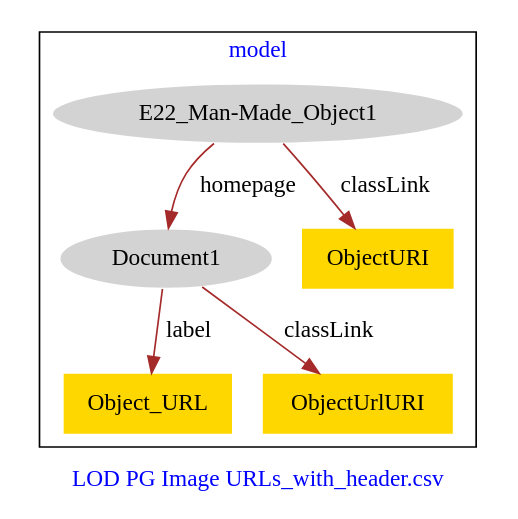
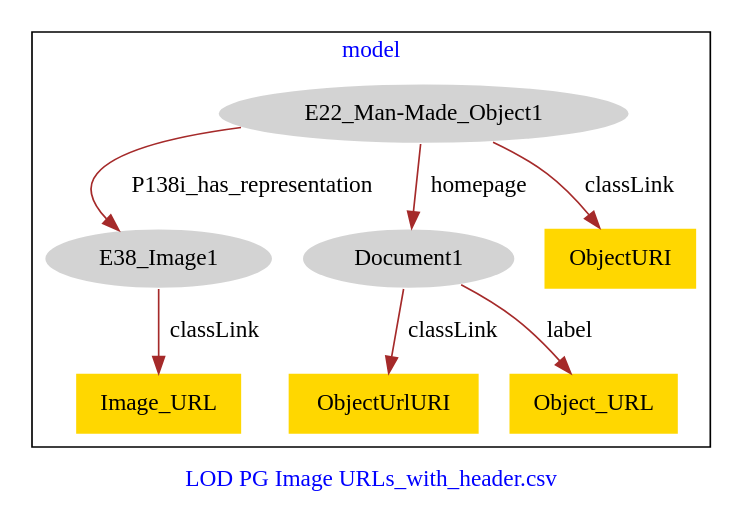
One commit to american-art/cbm changed the diagram in PG_URLs/PG_URLs-model.dot. Above: the diagram before and after it, drawn with Graphviz.

Commit message:
Update file PG_URLs-model.dot

```diff
--- a/PG_URLs/PG_URLs-model.dot
+++ b/PG_URLs/PG_URLs-model.dot
@@ -1,17 +1,21 @@
 digraph n0 {
 fontcolor="blue"
 remincross="true"
 label="LOD PG Image URLs_with_header.csv"
 subgraph cluster {
 label="model"
 n2[style="filled",color="white",fillcolor="lightgray",label="E22_Man-Made_Object1"];
-n3[style="filled",color="white",fillcolor="lightgray",label="Document1"];
-n4[shape="plaintext",style="filled",fillcolor="gold",label="Object_URL"];
-n5[shape="plaintext",style="filled",fillcolor="gold",label="ObjectURI"];
-n6[shape="plaintext",style="filled",fillcolor="gold",label="ObjectUrlURI"];
+n3[style="filled",color="white",fillcolor="lightgray",label="E38_Image1"];
+n4[style="filled",color="white",fillcolor="lightgray",label="Document1"];
+n5[shape="plaintext",style="filled",fillcolor="gold",label="ObjectUrlURI"];
+n6[shape="plaintext",style="filled",fillcolor="gold",label="ObjectURI"];
+n7[shape="plaintext",style="filled",fillcolor="gold",label="Object_URL"];
+n8[shape="plaintext",style="filled",fillcolor="gold",label="Image_URL"];
 }
-n2 -> n3[color="brown",fontcolor="black",label="homepage"]
-n3 -> n4[color="brown",fontcolor="black",label="label"]
-n2 -> n5[color="brown",fontcolor="black",label="classLink"]
-n3 -> n6[color="brown",fontcolor="black",label="classLink"]
+n2 -> n3[color="brown",fontcolor="black",label="P138i_has_representation"]
+n2 -> n4[color="brown",fontcolor="black",label="homepage"]
+n4 -> n5[color="brown",fontcolor="black",label="classLink"]
+n2 -> n6[color="brown",fontcolor="black",label="classLink"]
+n4 -> n7[color="brown",fontcolor="black",label="label"]
+n3 -> n8[color="brown",fontcolor="black",label="classLink"]
 }
```
